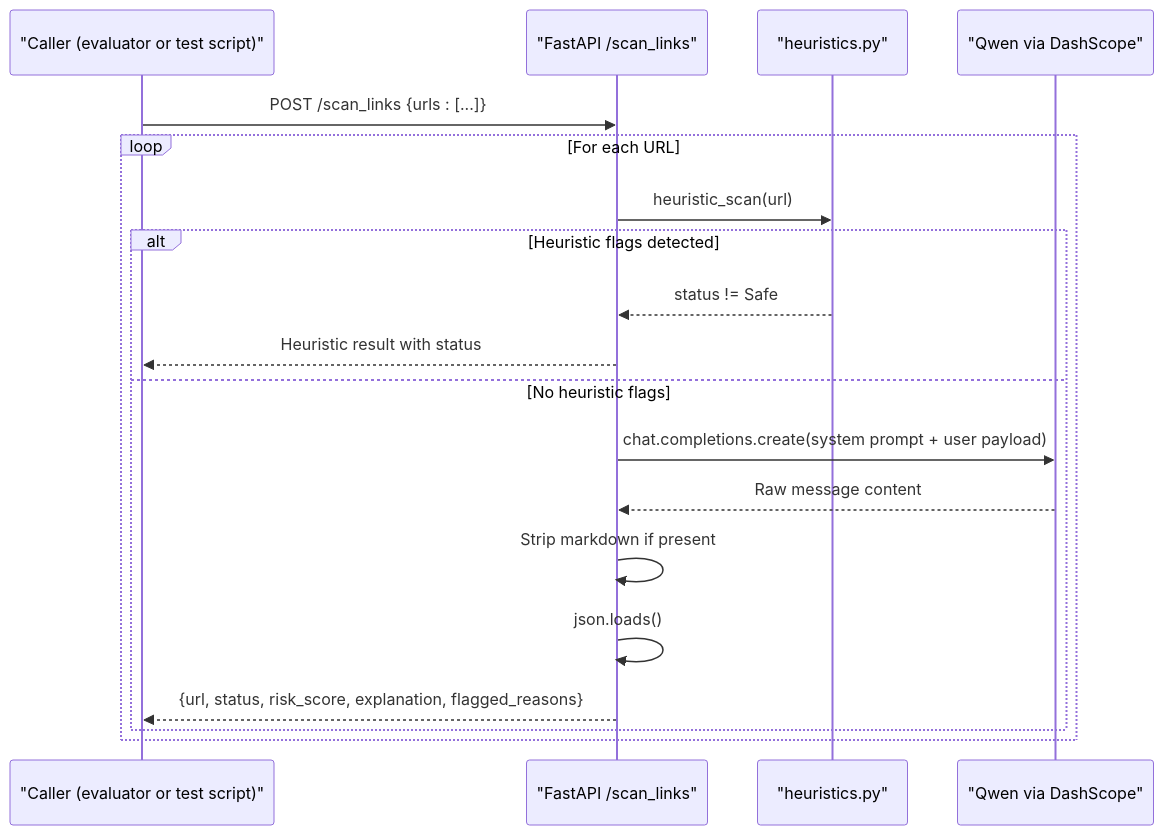
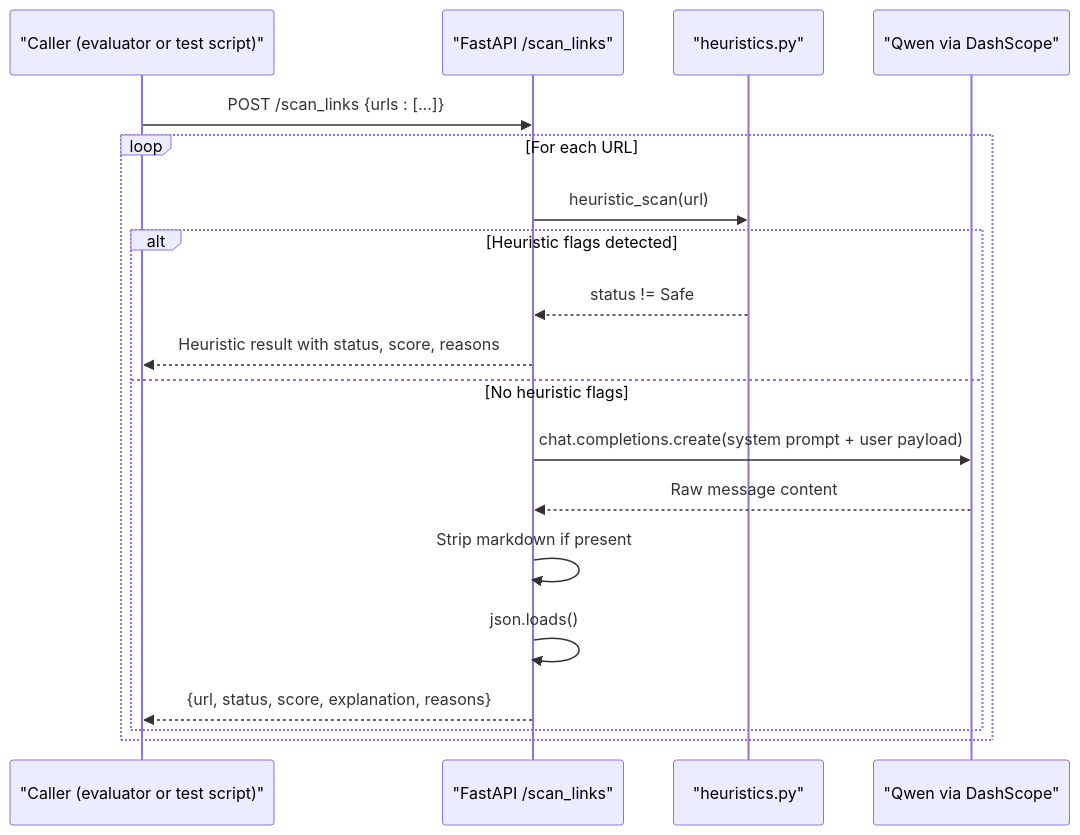
The fifth of 6 diagrams in .qoder/repowiki/en/content/Evaluation and Testing Framework.md (Aymanaahh/scrollguard-ai), drawn with Mermaid before and after one commit. The commit also changed other lines of this file and 18 other files, not shown here.

````diff
--- a/.qoder/repowiki/en/content/Evaluation and Testing Framework.md
+++ b/.qoder/repowiki/en/content/Evaluation and Testing Framework.md
@@ -224,21 +250,21 @@
 ```mermaid
 sequenceDiagram
 participant Client as "Caller (evaluator or test script)"
 participant API as "FastAPI /scan_links"
 participant Heur as "heuristics.py"
 participant Model as "Qwen via DashScope"
 Client->>API : POST /scan_links {urls : [...]}
 loop For each URL
 API->>Heur : heuristic_scan(url)
 alt Heuristic flags detected
 Heur-->>API : status != Safe
-API-->>Client : Heuristic result with status
+API-->>Client : Heuristic result with status, score, reasons
 else No heuristic flags
 API->>Model : chat.completions.create(system prompt + user payload)
 Model-->>API : Raw message content
 API->>API : Strip markdown if present
 API->>API : json.loads()
-API-->>Client : {url, status, risk_score, explanation, flagged_reasons}
+API-->>Client : {url, status, score, explanation, reasons}
 end
 end
 ```
````
